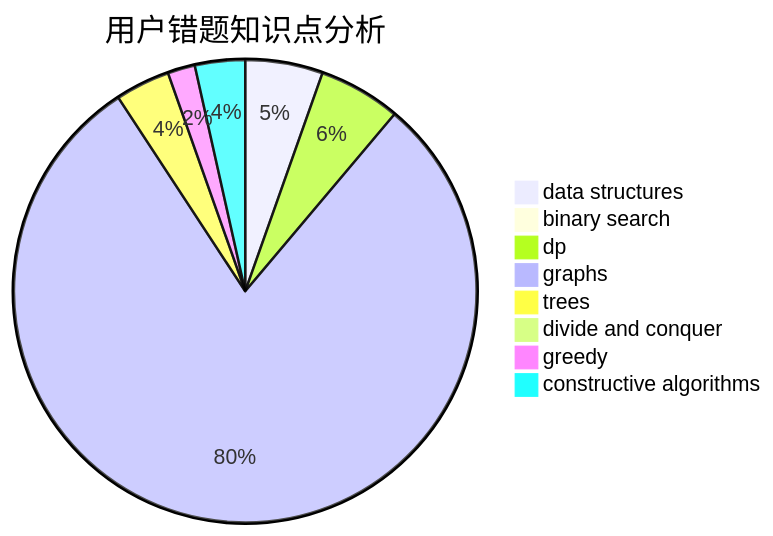
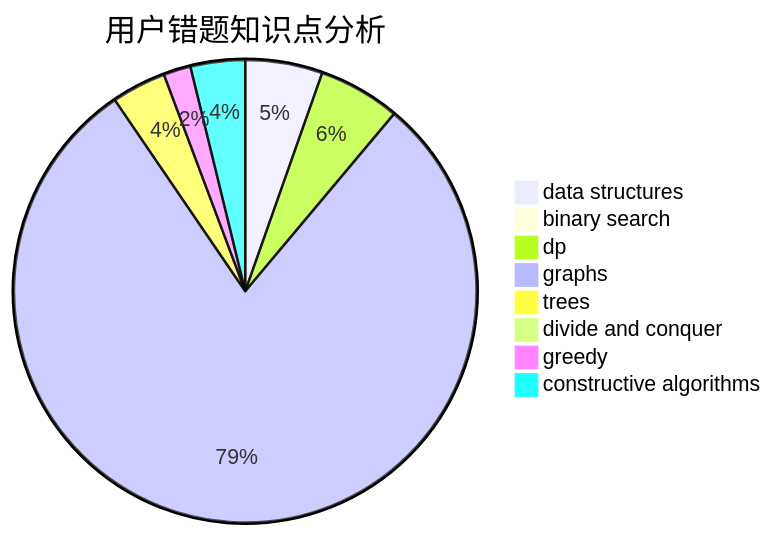
One commit to sherpahu/cfrs.github.io changed the third of 3 diagrams in docs/user/u808.md. Above: the diagram before and after it, drawn with Mermaid. The commit also changed other lines of this file and 2770 other files, not shown here.

````diff
--- a/docs/user/u808.md
+++ b/docs/user/u808.md
@@ -36,11 +36,11 @@
 ```mermaid
 pie title 用户错题知识点分析
     "data structures" :  17
-    "binary search" :  0
+    "binary search" :  1
     "dp" :  18
     "graphs" :  250
     "trees" :  12
     "divide and conquer" :  0
     "greedy" :  6
-    "constructive algorithms" :  11
+    "constructive algorithms" :  12
 ```
````
